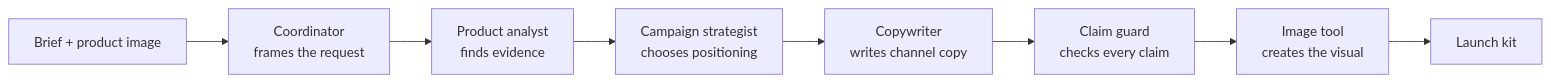
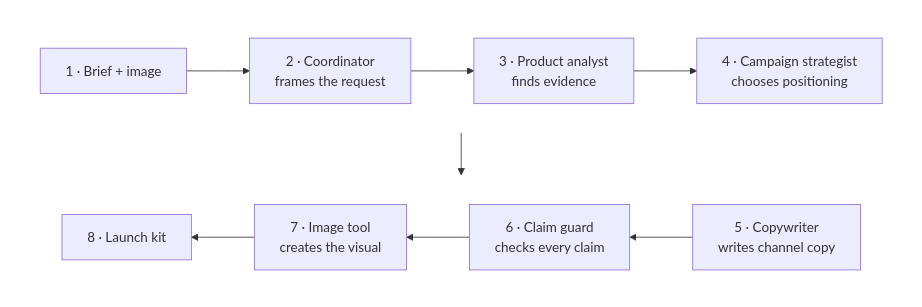
Before and after one commit to nitya/model-mastery: the diagram in foundry/agent-optimization/src/docs/architecture.md, drawn with Mermaid. The commit also changed 3 other files, not shown here.

Commit message:
Wrap agent architecture diagrams

````diff
--- a/foundry/agent-optimization/src/docs/architecture.md
+++ b/foundry/agent-optimization/src/docs/architecture.md
@@ -3,10 +3,18 @@
 ```mermaid
-flowchart LR
-  U[Brief + product image] --> C[Coordinator<br/>frames the request]
-  C --> V[Product analyst<br/>finds evidence]
-  V --> R[Campaign strategist<br/>chooses positioning]
-  R --> D[Copywriter<br/>writes channel copy]
-  D --> G[Claim guard<br/>checks every claim]
-  G --> I[Image tool<br/>creates the visual]
-  I --> K[Launch kit]
+flowchart TB
+  subgraph TOP[" "]
+    direction LR
+    U[1 · Brief + image] --> C[2 · Coordinator<br/>frames the request]
+    C --> V[3 · Product analyst<br/>finds evidence]
+    V --> R[4 · Campaign strategist<br/>chooses positioning]
+  end
+  subgraph BOTTOM[" "]
+    direction RL
+    D[5 · Copywriter<br/>writes channel copy] --> G[6 · Claim guard<br/>checks every claim]
+    G --> I[7 · Image tool<br/>creates the visual]
+    I --> K[8 · Launch kit]
+  end
+  R --> D
+  style TOP fill:none,stroke:none
+  style BOTTOM fill:none,stroke:none
 ```
````
